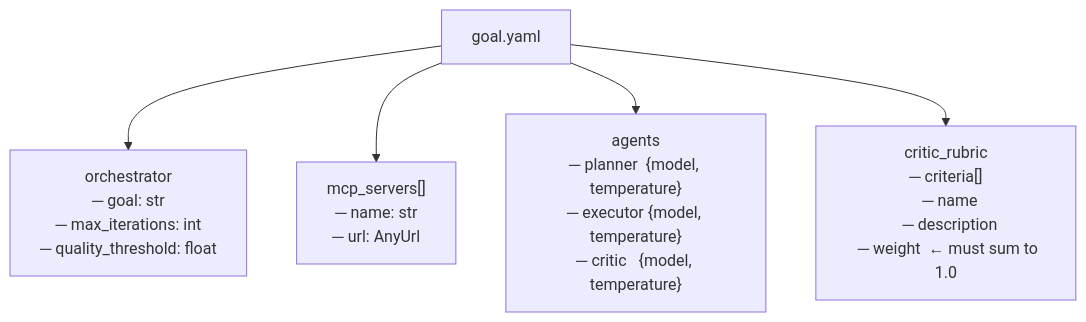
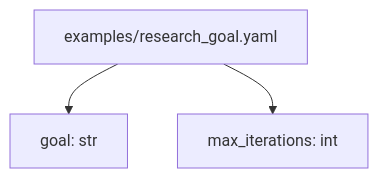
One commit to FabioDiCeglie/Multi-Agent-Orchestrator changed the sixth of 8 diagrams in Plan.md. Above: the diagram before and after it, drawn with Mermaid. The commit also changed other lines of this file, not shown here.

Commit message:
Refactor architecture plan to enhance clarity and update agent descriptions. Modify orchestration loop to utilize ADK for iteration management and streamline API interactions. Update YAML configuration schema and improve diagram representations.

````diff
--- a/Plan.md
+++ b/Plan.md
@@ -172,8 +139,6 @@
 ```mermaid
 graph TD
-    CFG["goal.yaml"]
-    CFG --> ORC["orchestrator\n─ goal: str\n─ max_iterations: int\n─ quality_threshold: float"]
-    CFG --> MCP3["mcp_servers[]\n─ name: str\n─ url: AnyUrl"]
-    CFG --> AGT["agents\n─ planner  {model, temperature}\n─ executor {model, temperature}\n─ critic   {model, temperature}"]
-    CFG --> RUB["critic_rubric\n─ criteria[]\n  ─ name\n  ─ description\n  ─ weight  ← must sum to 1.0"]
+    CFG["examples/research_goal.yaml"]
+    CFG --> G["goal: str"]
+    CFG --> M["max_iterations: int"]
 ```
````
